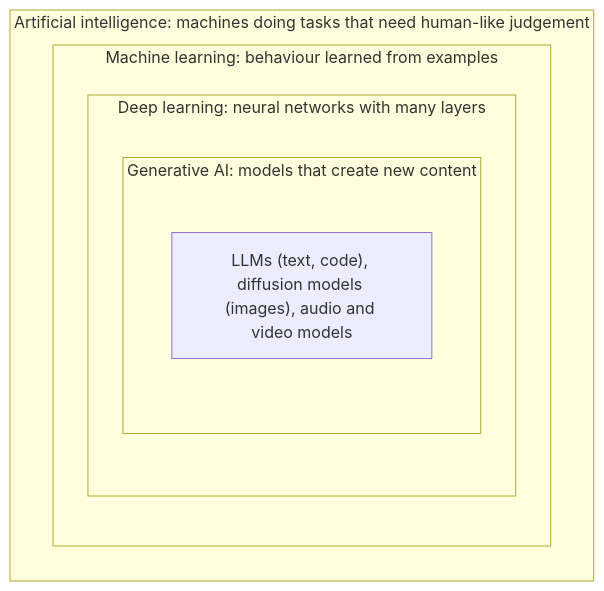
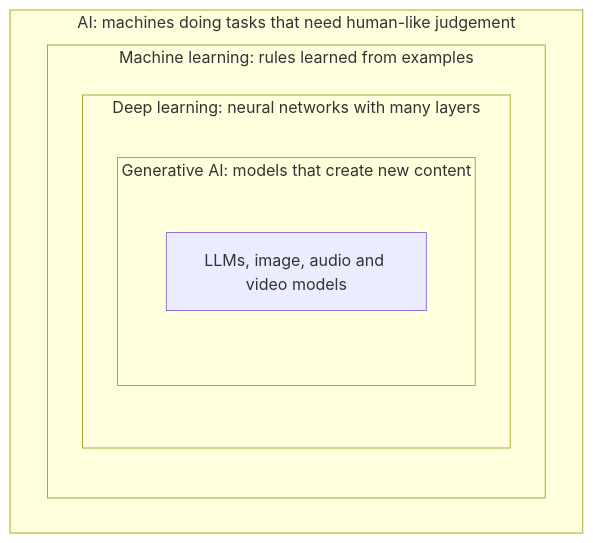
One commit to meetbrij/ai-engineering-interview-preparation changed the third of 6 diagrams in chapters/01-introduction-to-ai/README.md. Above: the diagram before and after it, drawn with Mermaid. The commit also changed other lines of this file and 2 other files, not shown here.

````diff
--- a/chapters/01-introduction-to-ai/README.md
+++ b/chapters/01-introduction-to-ai/README.md
@@ -111,12 +49,12 @@
 ```mermaid
 flowchart TB
-    subgraph AI["Artificial intelligence: machines doing tasks that need human-like judgement"]
-        subgraph ML["Machine learning: behaviour learned from examples"]
+    subgraph AI["AI: machines doing tasks that need human-like judgement"]
+        subgraph ML["Machine learning: rules learned from examples"]
             subgraph DL["Deep learning: neural networks with many layers"]
                 subgraph GEN["Generative AI: models that create new content"]
-                    LLM["LLMs (text, code), diffusion models (images), audio and video models"]
+                    LLM["LLMs, image, audio and video models"]
                 end
             end
         end
     end
 ```
````
